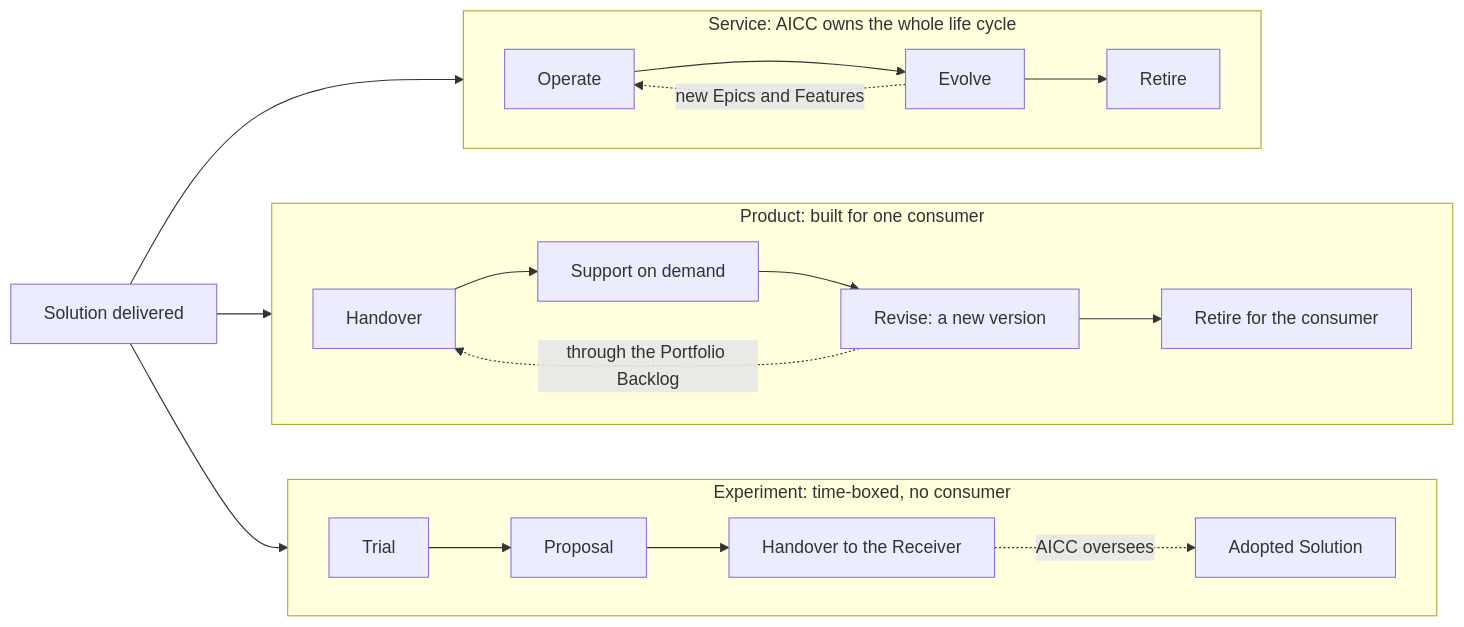
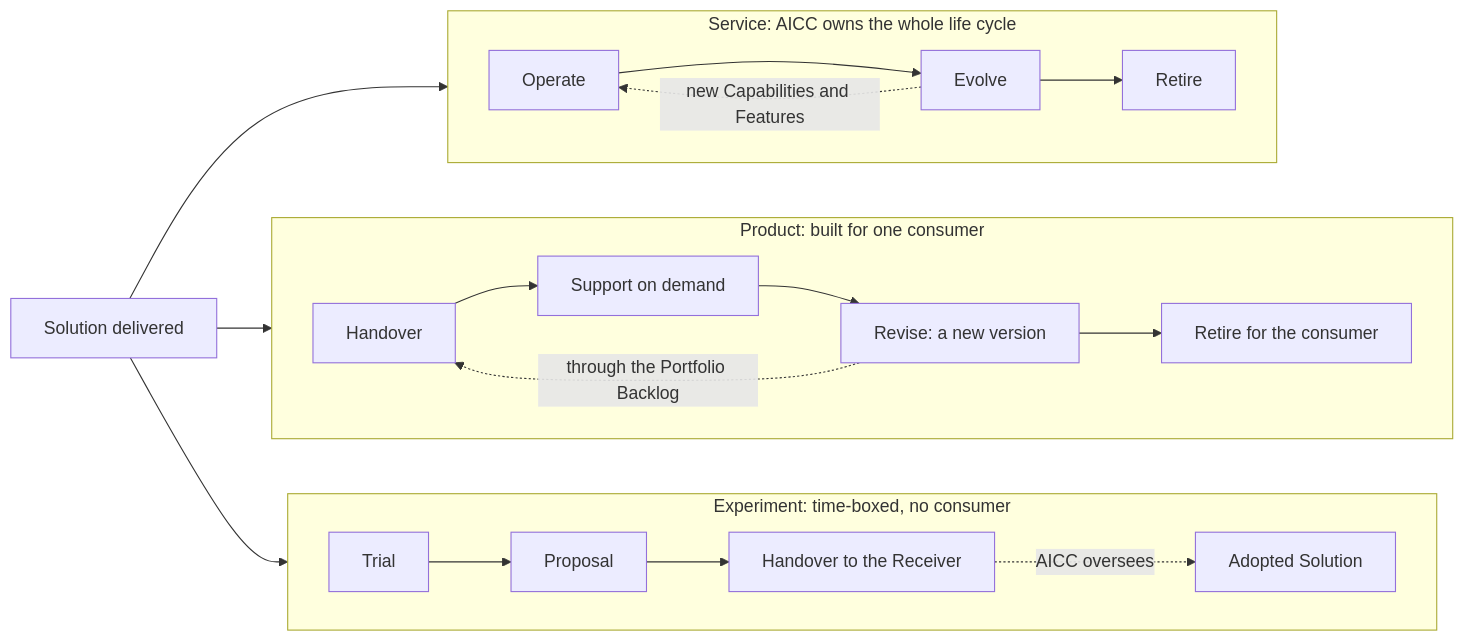
Before and after one commit to devhogu/ob-aicc: the third of 3 diagrams in charter/workflows/service-delivery.md, drawn with Mermaid. The commit also changed other lines of this file and 46 other files, not shown here.

````diff
--- a/charter/workflows/service-delivery.md
+++ b/charter/workflows/service-delivery.md
@@ -121,21 +121,21 @@
 ```mermaid
 flowchart LR
   D["Solution delivered"] --> SV
   D --> PR
   D --> EX
   subgraph SV["Service: AICC owns the whole life cycle"]
     direction LR
     S1["Operate"] --> S2["Evolve"] --> S3["Retire"]
-    S2 -.new Epics and Features.-> S1
+    S2 -.new Capabilities and Features.-> S1
   end
   subgraph PR["Product: built for one consumer"]
     direction LR
     P1["Handover"] --> P2["Support on demand"] --> P3["Revise: a new version"] --> P4["Retire for the consumer"]
     P3 -.through the Portfolio Backlog.-> P1
   end
   subgraph EX["Experiment: time-boxed, no consumer"]
     direction LR
     X1["Trial"] --> X2["Proposal"] --> X3["Handover to the Receiver"]
     X3 -.AICC oversees.-> A["Adopted Solution"]
   end
 ```
````
